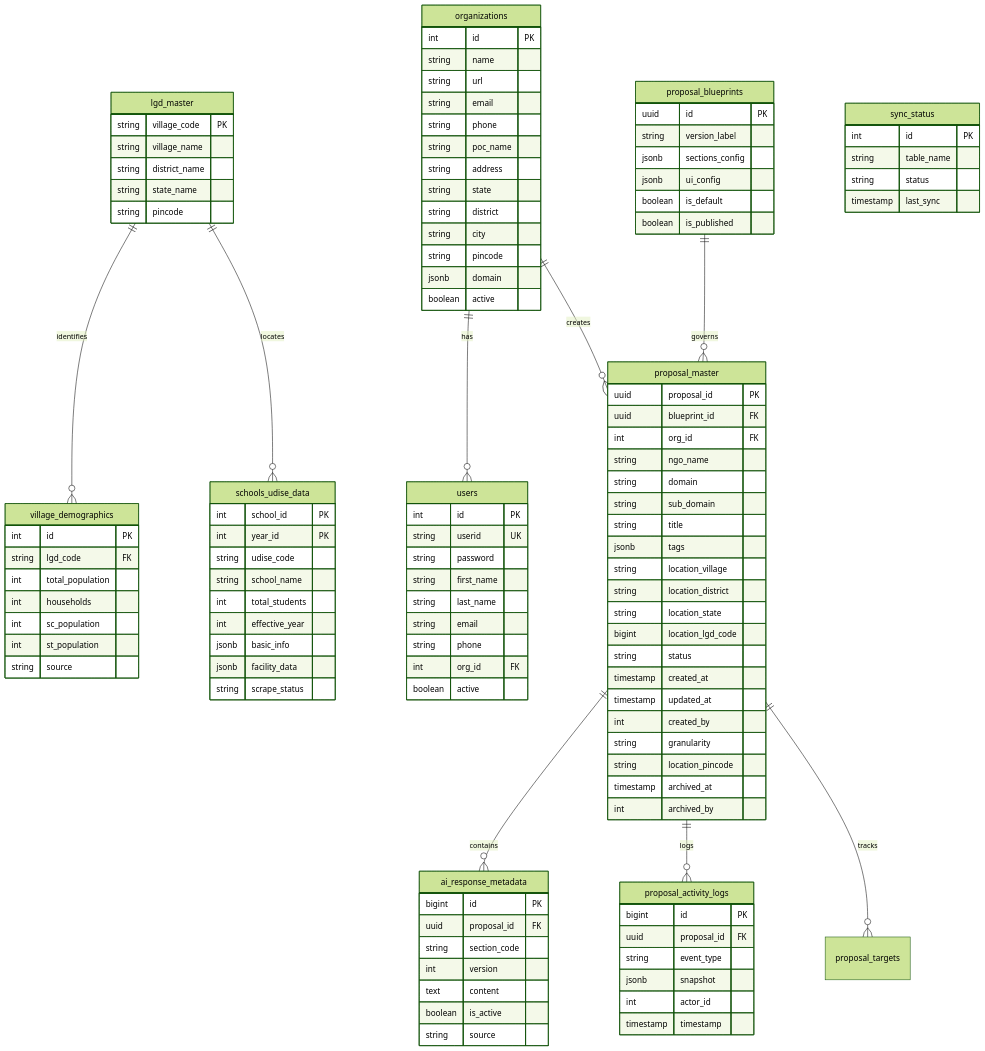
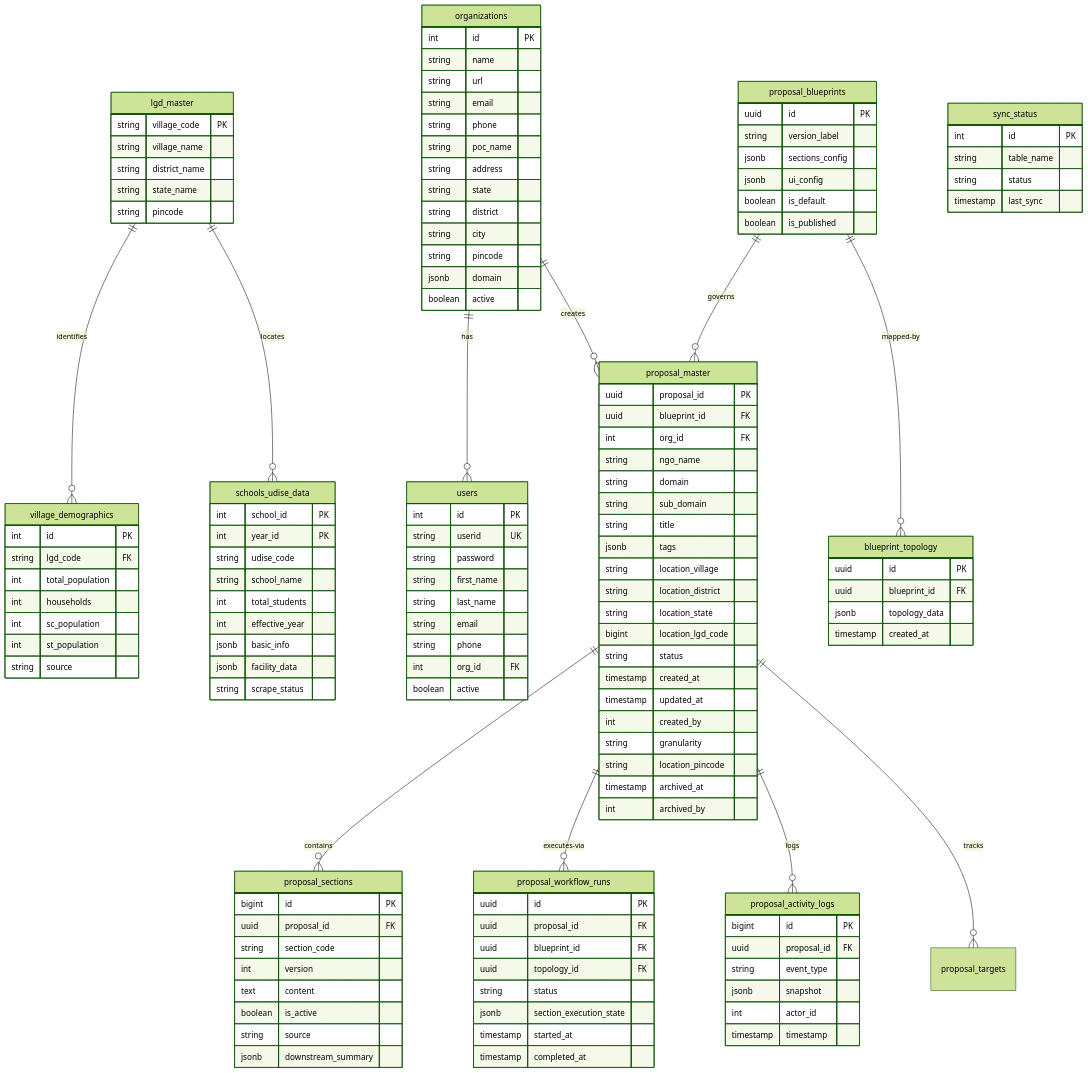
One commit to Prakalpa-Proposal/prakalpa_proposal_database changed the diagram in README.md. Above: the diagram before and after it, drawn with Mermaid (forest theme). The commit also changed other lines of this file, not shown here.

Commit message:
feat: rename ai_response_metadata to proposal_sections and add blueprint_topology and proposal_workflow_runs tables

```diff
--- a/README.md
+++ b/README.md
@@ -144,7 +146,9 @@
     }
 
     organizations ||--o{ proposal_master : "creates"
-    proposal_master ||--o{ ai_response_metadata : "contains"
+    proposal_master ||--o{ proposal_sections : "contains"
+    proposal_blueprints ||--o{ blueprint_topology : "mapped-by"
+    proposal_master ||--o{ proposal_workflow_runs : "executes-via"
     proposal_master {
         uuid proposal_id PK
         uuid blueprint_id FK
@@ -168,7 +172,7 @@
         int archived_by
     }
 
-    ai_response_metadata {
+    proposal_sections {
         bigint id PK
         uuid proposal_id FK
         string section_code
@@ -176,6 +180,25 @@
         text content
         boolean is_active
         string source
+        jsonb downstream_summary
+    }
+
+    blueprint_topology {
+        uuid id PK
+        uuid blueprint_id FK
+        jsonb topology_data
+        timestamp created_at
+    }
+
+    proposal_workflow_runs {
+        uuid id PK
+        uuid proposal_id FK
+        uuid blueprint_id FK
+        uuid topology_id FK
+        string status
+        jsonb section_execution_state
+        timestamp started_at
+        timestamp completed_at
     }
 
     proposal_activity_logs {
```
